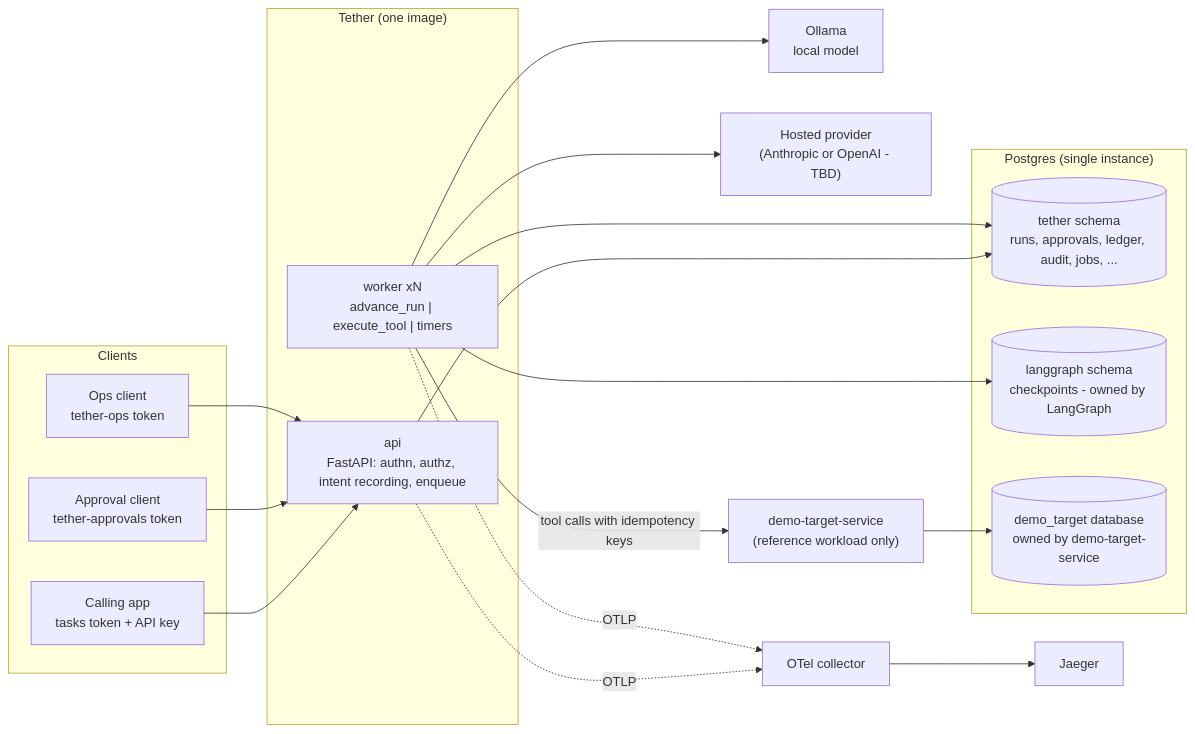
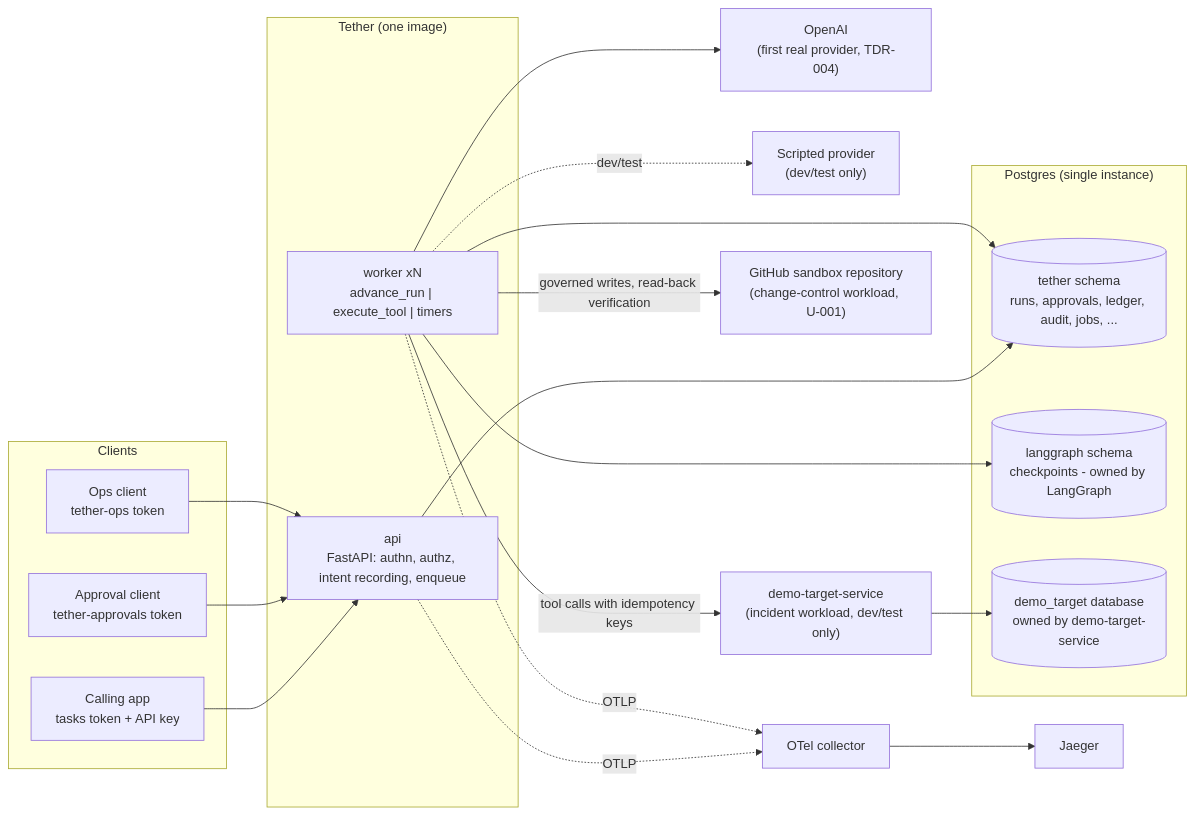
One commit to SwapnilJadhav11/Tether-Runtime changed the first of 12 diagrams in docs/architecture/tether-v1-architecture.md. Above: the diagram before and after it, drawn with Mermaid. The commit also changed other lines of this file and 14 other files, not shown here.

````diff
--- a/docs/architecture/tether-v1-architecture.md
+++ b/docs/architecture/tether-v1-architecture.md
@@ -68,39 +70,41 @@
 ```mermaid
 flowchart LR
   subgraph Clients
     CA["Calling app<br/>tasks token + API key"]
     AC["Approval client<br/>tether-approvals token"]
     OC["Ops client<br/>tether-ops token"]
   end
 
   subgraph Tether["Tether (one image)"]
     API["api<br/>FastAPI: authn, authz, intent recording, enqueue"]
     W["worker xN<br/>advance_run | execute_tool | timers"]
   end
 
   subgraph Data["Postgres (single instance)"]
     TDB[("tether schema<br/>runs, approvals, ledger, audit, jobs, ...")]
     LG[("langgraph schema<br/>checkpoints - owned by LangGraph")]
     DT[("demo_target database<br/>owned by demo-target-service")]
   end
 
-  OLL["Ollama<br/>local model"]
-  HOS["Hosted provider<br/>(Anthropic or OpenAI - TBD)"]
-  DTS["demo-target-service<br/>(reference workload only)"]
+  HOS["OpenAI<br/>(first real provider, TDR-004)"]
+  SCR["Scripted provider<br/>(dev/test only)"]
+  DTS["demo-target-service<br/>(incident workload, dev/test only)"]
+  GH["GitHub sandbox repository<br/>(change-control workload, U-001)"]
   OTC["OTel collector"]
   JAE["Jaeger"]
 
   CA --> API
   AC --> API
   OC --> API
   API --> TDB
   W --> TDB
   W --> LG
-  W --> OLL
   W --> HOS
+  W -. "dev/test" .-> SCR
   W -- "tool calls with idempotency keys" --> DTS
+  W -- "governed writes, read-back verification" --> GH
   DTS --> DT
   API -. OTLP .-> OTC
   W -. OTLP .-> OTC
   OTC --> JAE
 ```
````
